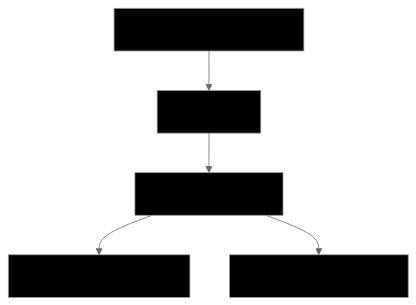
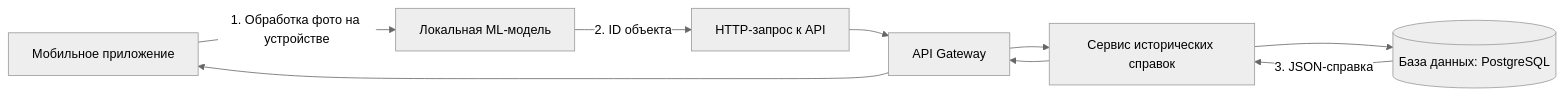
One commit to kolyan288/MLSD_Smolyanov changed the third of 3 diagrams in docs/ml_system_design_doc.md. Above: the diagram before and after it, drawn with Mermaid (neutral theme). The commit also changed other lines of this file and 2002 other files, not shown here.

````diff
--- a/docs/ml_system_design_doc.md
+++ b/docs/ml_system_design_doc.md
@@ -282,13 +262,9 @@
 ```mermaid
-graph TB
-    A[Мобильное приложение] --> B[Cloud API]
-    B --> C[ML Model Service]
-    C --> D[Database Historical Info]
-    C --> E[Object Detection Model]
-    
-    style A fill:#000000
-    style B fill:#000000
-    style C fill:#000000
-    style D fill:#000000
-    style E fill:#000000
+graph LR
+    A[Мобильное приложение] -->|1. Обработка фото на устройстве| B[Локальная ML-модель]
+    B -->|2. ID объекта| C[HTTP-запрос к API]
+    C --> D[API Gateway]
+    D --> E[Сервис исторических справок]
+    E --> F[(База данных: PostgreSQL)]
+    F -->|3. JSON-справка| E --> D --> A
 ```
````
